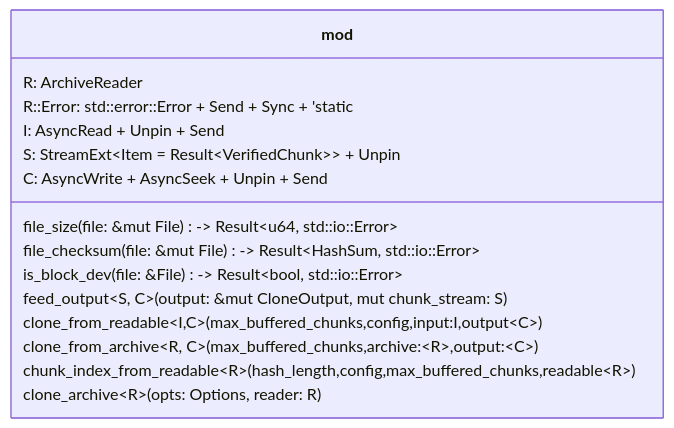
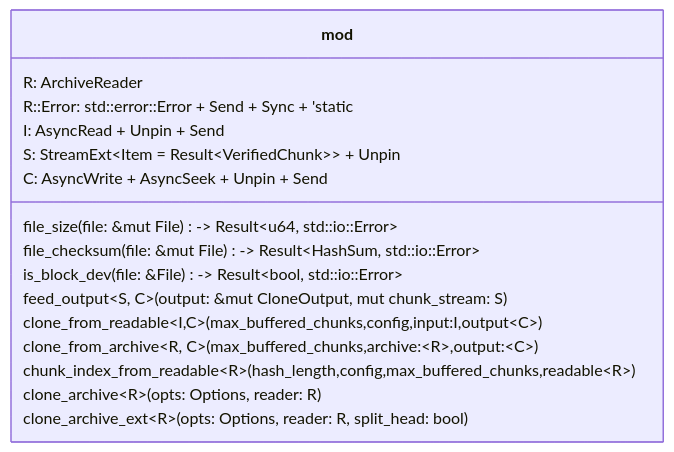
Before and after one commit to softtiny/docs.bita: the diagram in markdowns/clone_cmd_b.md, drawn with Mermaid. The commit also changed 4 other files, not shown here.

````diff
--- a/markdowns/clone_cmd_b.md
+++ b/markdowns/clone_cmd_b.md
@@ -3,18 +3,19 @@
 ```mermaid
 classDiagram
     class mod {
         R: ArchiveReader
         R::Error: std::error::Error + Send + Sync + 'static
         I: AsyncRead + Unpin + Send
         S: StreamExt&lt;Item = Result&lt;VerifiedChunk&gt;&gt; + Unpin
         C: AsyncWrite + AsyncSeek + Unpin + Send
         file_size(file: &mut File) -> Result&lt;u64, std::io::Error&gt;
         file_checksum(file: &mut File) -> Result&lt;HashSum, std::io::Error&gt;
         is_block_dev(file: &File) -> Result&lt;bool, std::io::Error&gt; 
         feed_output&lt;S, C&gt;(output: &mut CloneOutput<C>, mut chunk_stream: S)
         clone_from_readable&lt;I,C&gt;(max_buffered_chunks,config,input:I,output&lt;C&gt;)
         clone_from_archive&lt;R, C&gt;(max_buffered_chunks,archive:&lt;R&gt;,output:&lt;C&gt;)
         chunk_index_from_readable&lt;R&gt;(hash_length,config,max_buffered_chunks,readable&lt;R&gt;)
         clone_archive&lt;R&gt;(opts: Options, reader: R)
+        clone_archive_ext&lt;R&gt;(opts: Options, reader: R, split_head: bool)
     }
 ```
````
